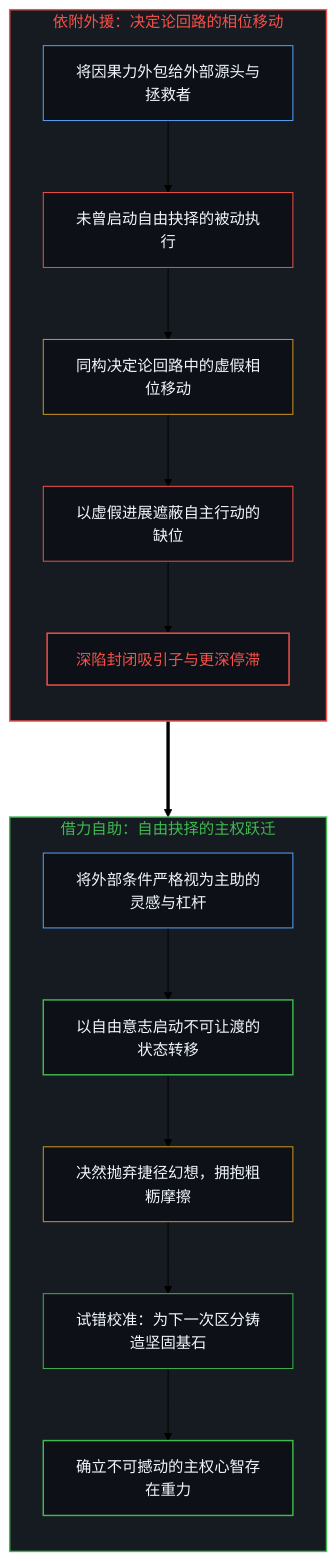
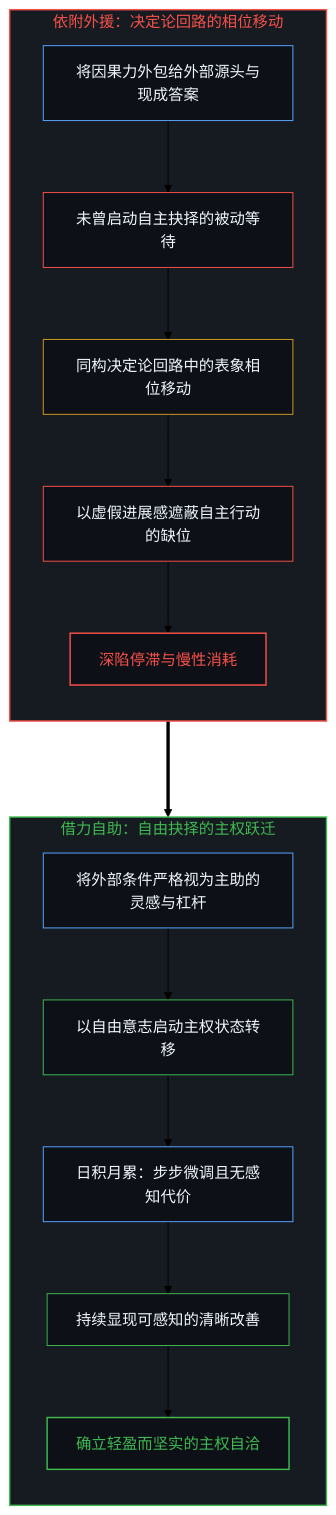
Before and after one commit to powerpig99/not-a-toe: the ninth of 10 diagrams in content/posts/choice-itself-has-no-inherent-weight.md, drawn with Mermaid (forest theme). The commit also changed other lines of this file and 4 other files, not shown here.

Commit message:
Purge hardness framing: choice has zero cost when gradual; only perceivable improvement

````diff
--- a/content/posts/choice-itself-has-no-inherent-weight.md
+++ b/content/posts/choice-itself-has-no-inherent-weight.md
@@ -303,33 +321,33 @@
 ```mermaid
 graph TD
     subgraph S_Dependency ["依附外援：决定论回路的相位移动"]
         direction TB
-        D_Claim["将因果力外包给外部源头与拯救者"] --> D_Passive["未曾启动自由抉择的被动执行"]
-        D_Passive --> D_PhaseShift["同构决定论回路中的虚假相位移动"]
-        D_PhaseShift --> D_Masking["以虚假进展遮蔽自主行动的缺位"]
-        D_Masking --> D_Paralysis["深陷封闭吸引子与更深停滞"]
+        D_Claim["将因果力外包给外部源头与现成答案"] --> D_Passive["未曾启动自主抉择的被动等待"]
+        D_Passive --> D_PhaseShift["同构决定论回路中的表象相位移动"]
+        D_PhaseShift --> D_Masking["以虚假进展感遮蔽自主行动的缺位"]
+        D_Masking --> D_Paralysis["深陷停滞与慢性消耗"]
     end
 
     subgraph S_Sovereignty ["借力自助：自由抉择的主权跃迁"]
         direction TB
-        R_Leverage["将外部条件严格视为主助的灵感与杠杆"] --> R_FreeChoice["以自由意志启动不可让渡的状态转移"]
-        R_FreeChoice --> R_Friction["决然抛弃捷径幻想，拥抱粗粝摩擦"]
-        R_Friction --> R_Bedrock["试错校准：为下一次区分铸造坚固基石"]
-        R_Bedrock --> R_Agency["确立不可撼动的主权心智存在重力"]
+        R_Leverage["将外部条件严格视为主助的灵感与杠杆"] --> R_FreeChoice["以自由意志启动主权状态转移"]
+        R_FreeChoice --> R_Gradual["日积月累：步步微调且无感知代价"]
+        R_Gradual --> R_Bedrock["持续显现可感知的清晰改善"]
+        R_Bedrock --> R_Agency["确立轻盈而坚实的主权自洽"]
     end
 
     D_Paralysis ===> R_Leverage
 
     style S_Dependency fill:#161b22,stroke:#f85149,stroke-width:1.5px,color:#f85149
     style S_Sovereignty fill:#161b22,stroke:#3fb950,stroke-width:1.5px,color:#3fb950
     style D_Claim fill:#0d1117,stroke:#58a6ff,stroke-width:1px,color:#f0f6fc
     style D_Passive fill:#0d1117,stroke:#f85149,stroke-width:1px,color:#f0f6fc
     style D_PhaseShift fill:#0d1117,stroke:#d29922,stroke-width:1px,color:#f0f6fc
     style D_Masking fill:#0d1117,stroke:#f85149,stroke-width:1px,color:#f0f6fc
     style D_Paralysis fill:#0d1117,stroke:#f85149,stroke-width:1.5px,color:#f85149
     style R_Leverage fill:#0d1117,stroke:#58a6ff,stroke-width:1px,color:#f0f6fc
-    style R_FreeChoice fill:#0d1117,stroke:#3fb950,stroke-width:1.5px,color:#f0f6fc
-    style R_Friction fill:#0d1117,stroke:#d29922,stroke-width:1px,color:#f0f6fc
+    style R_FreeChoice fill:#0d1117,stroke:#3fb950,stroke-width:1px,color:#f0f6fc
+    style R_Gradual fill:#0d1117,stroke:#58a6ff,stroke-width:1px,color:#f0f6fc
     style R_Bedrock fill:#0d1117,stroke:#3fb950,stroke-width:1px,color:#f0f6fc
-    style R_Agency fill:#0d1117,stroke:#3fb950,stroke-width:1.5px,color:#f0f6fc
+    style R_Agency fill:#0d1117,stroke:#3fb950,stroke-width:1.5px,color:#3fb950
 ```
````
